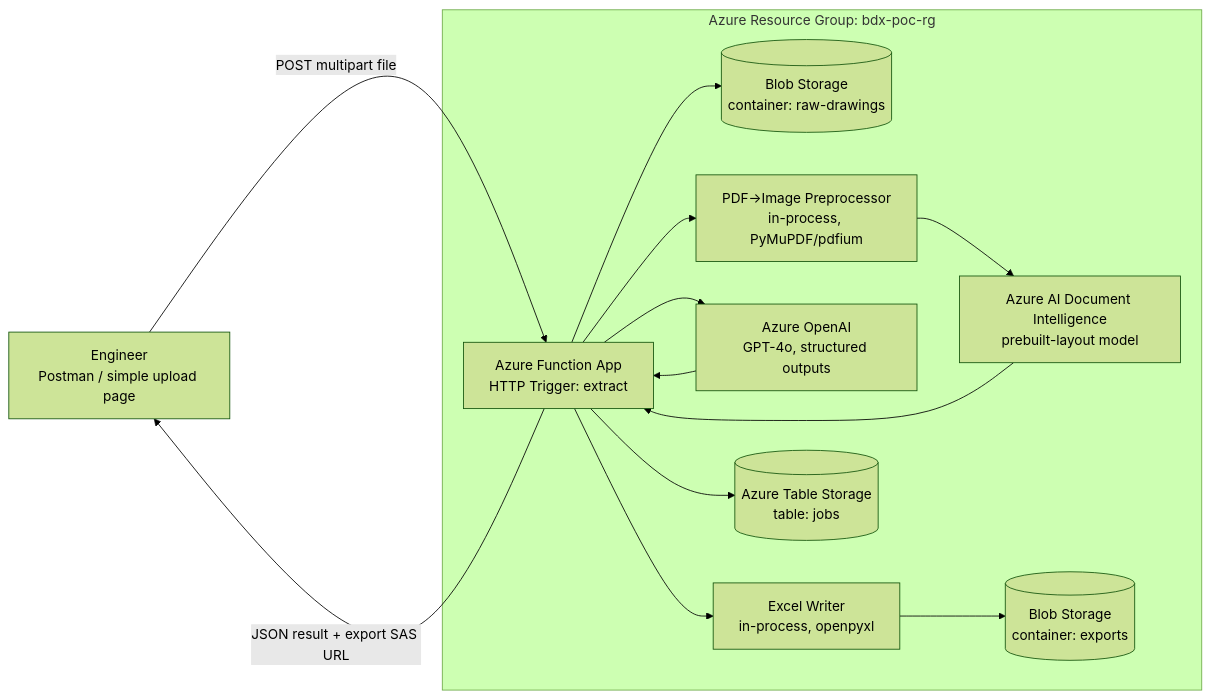
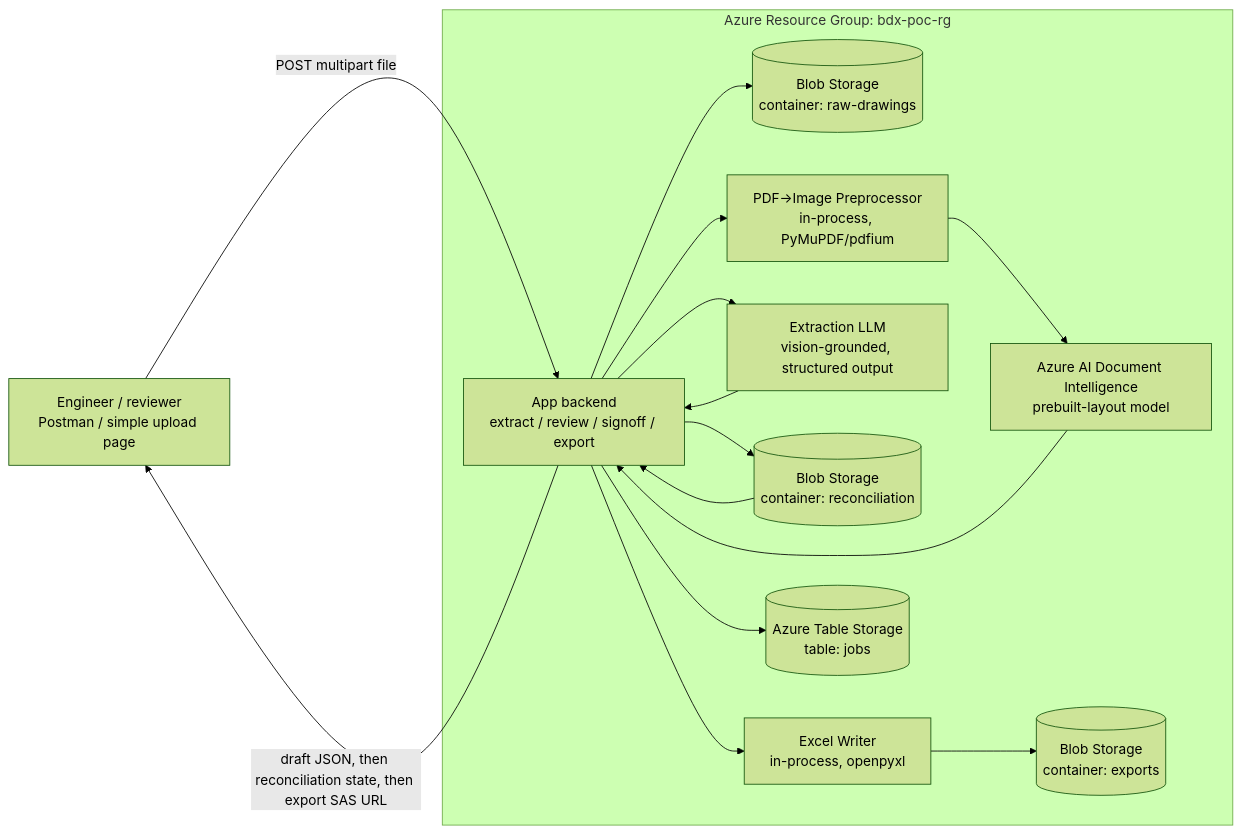
The diagram in doc/architecture-poc.md (SA-IT-Team/wabtec_poc), drawn with Mermaid (forest theme) before and after one commit. The commit also changed other lines of this file and 13 other files, not shown here.

````diff
--- a/doc/architecture-poc.md
+++ b/doc/architecture-poc.md
@@ -20,18 +22,20 @@
 ```mermaid
 flowchart LR
-    U[Engineer<br/>Postman / simple upload page] -->|POST multipart file| FN[Azure Function App<br/>HTTP Trigger: extract]
+    U[Engineer / reviewer<br/>Postman / simple upload page] -->|POST multipart file| FN[App backend<br/>extract / review / signoff / export]
 
     subgraph AZ[Azure Resource Group: bdx-poc-rg]
         FN --> BLOB1[(Blob Storage<br/>container: raw-drawings)]
         FN --> PRE[PDF→Image Preprocessor<br/>in-process, PyMuPDF/pdfium]
         PRE --> DI[Azure AI Document Intelligence<br/>prebuilt-layout model]
         DI --> FN
-        FN --> AOAI[Azure OpenAI<br/>GPT-4o, structured outputs]
-        AOAI --> FN
+        FN --> LLM[Extraction LLM<br/>vision-grounded, structured output]
+        LLM --> FN
+        FN --> REC[(Blob Storage<br/>container: reconciliation)]
+        REC --> FN
         FN --> XL[Excel Writer<br/>in-process, openpyxl]
         XL --> BLOB2[(Blob Storage<br/>container: exports)]
         FN --> TBL[(Azure Table Storage<br/>table: jobs)]
     end
 
-    FN -->|JSON result + export SAS URL| U
+    FN -->|draft JSON, then reconciliation state, then export SAS URL| U
 ```
````
